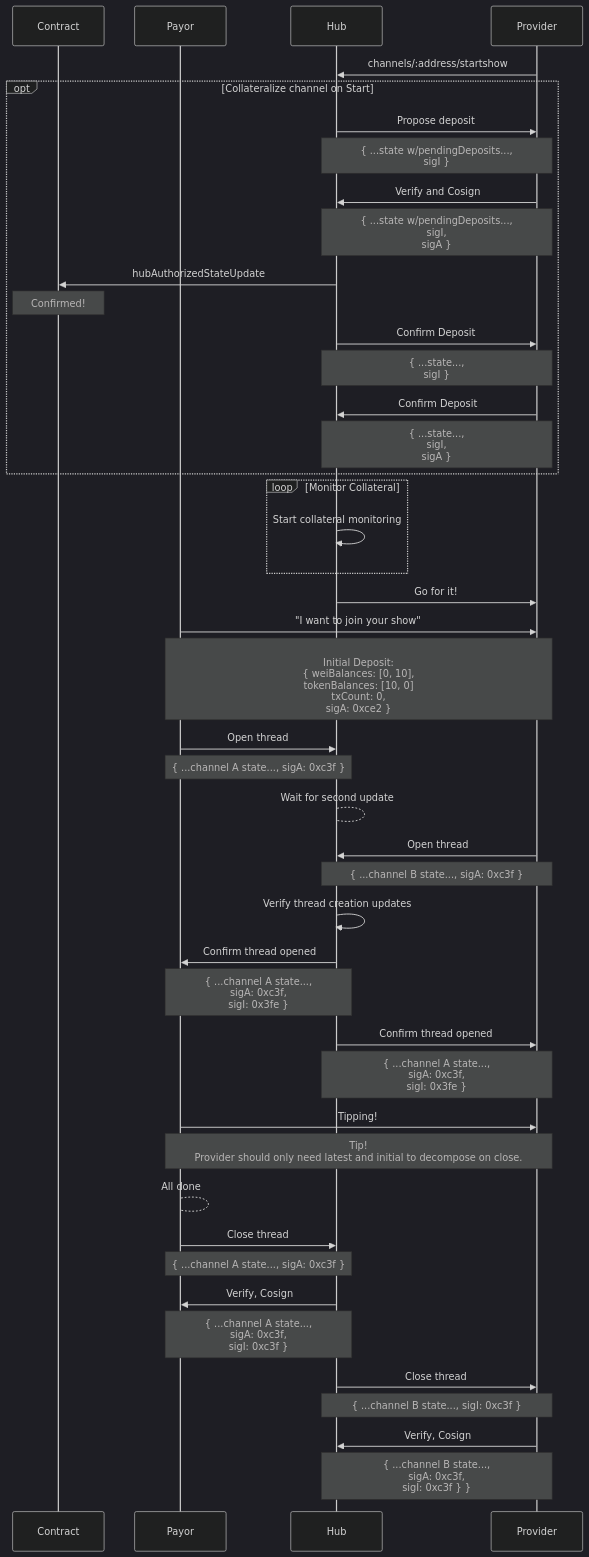
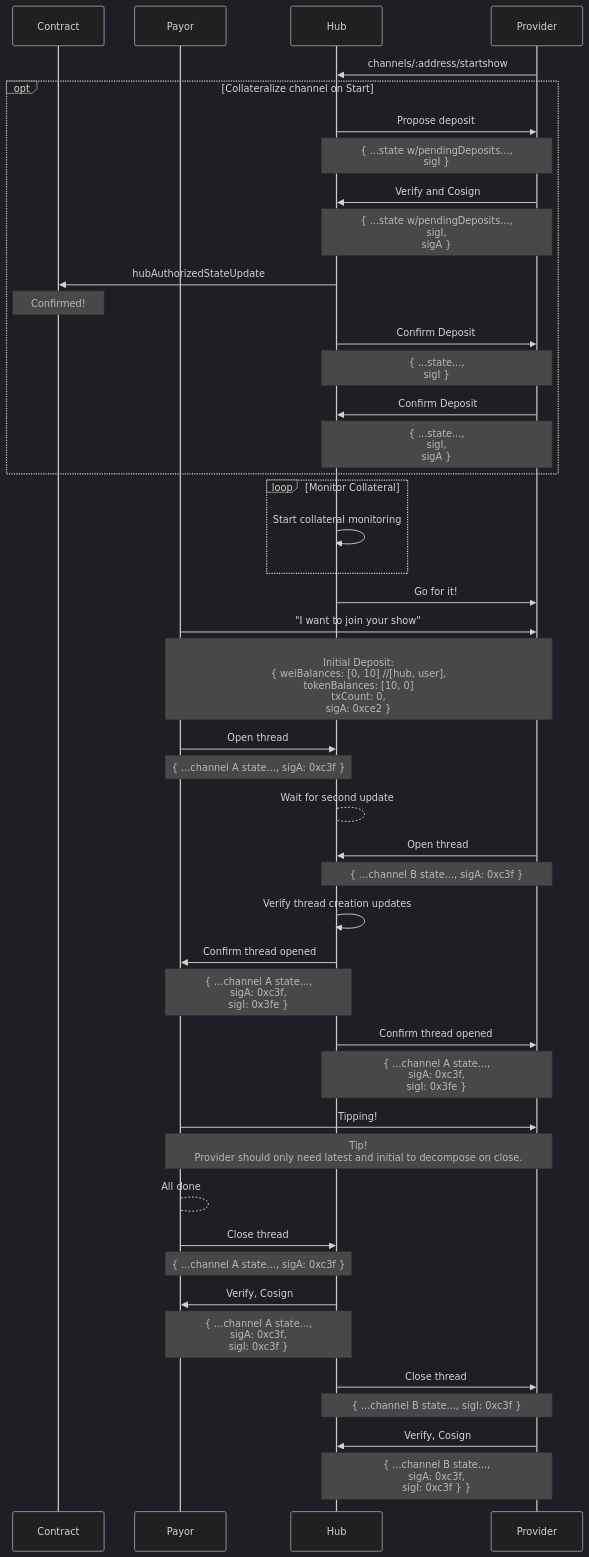
Before and after one commit to kyokan/contracts: the diagram in docs/diagrams/stream.mmd, drawn with Mermaid (dark theme). The commit also changed 2 other files, not shown here.

```diff
--- a/docs/diagrams/stream.mmd
+++ b/docs/diagrams/stream.mmd
@@ -1,72 +1,72 @@
 sequenceDiagram
 
     # title Stream Show
 
     participant Contract
     participant Payor
     participant Hub
     participant Provider
 
     Provider->>Hub: channels/:address/startshow
 
     opt Collateralize channel on Start
         Hub->>Provider: Propose deposit
         Note over Hub,Provider: { ...state w/pendingDeposits..., <br> sigI }
 
         Provider->>Hub: Verify and Cosign
         Note over Hub,Provider: { ...state w/pendingDeposits..., <br> sigI, <br> sigA }
 
         Hub->>Contract: hubAuthorizedStateUpdate
         Note over Contract: Confirmed!
 
         Hub->>Provider: Confirm Deposit
         Note over Hub,Provider: { ...state..., <br> sigI }
 
         Provider->>Hub: Confirm Deposit
         Note over Hub,Provider: { ...state..., <br> sigI, <br> sigA }
 
     end
 
     loop Monitor Collateral
         Hub->>Hub: Start collateral monitoring
     end
     
     Hub->>Provider: Go for it!
 
     Payor->>Provider: "I want to join your show"
-    Note over Payor,Provider: <br> Initial Deposit: <br> { weiBalances: [0, 10], <br> tokenBalances: [10, 0] <br> txCount: 0,  <br> sigA: 0xce2 }
+    Note over Payor,Provider: <br> Initial Deposit: <br> { weiBalances: [0, 10] //[hub, user], <br> tokenBalances: [10, 0] <br> txCount: 0,  <br> sigA: 0xce2 }
 
     Payor->>Hub: Open thread
     Note over Payor,Hub: { ...channel A state..., sigA: 0xc3f }
 
     Hub-->Hub: Wait for second update
 
     Provider->>Hub: Open thread
     Note over Provider,Hub: { ...channel B state..., sigA: 0xc3f }
 
 
     Hub->>Hub: Verify thread creation updates
 
     Hub->>Payor: Confirm thread opened
     Note over Payor,Hub: { ...channel A state..., <br>sigA: 0xc3f, <br>sigI: 0x3fe }
 
     Hub->>Provider: Confirm thread opened
     Note over Provider,Hub: { ...channel A state..., <br>sigA: 0xc3f, <br>sigI: 0x3fe }
 
 
     Payor->>Provider: Tipping!
     Note over Payor,Provider: Tip! <br> Provider should only need latest and initial to decompose on close.
 
     Payor-->Payor: All done
 
     Payor->>Hub: Close thread
     Note over Payor,Hub: { ...channel A state..., sigA: 0xc3f }
 
     Hub->>Payor: Verify, Cosign
     Note over Payor,Hub: { ...channel A state..., <br>sigA: 0xc3f, <br>sigI: 0xc3f }
 
     Hub->>Provider: Close thread
     Note over Provider,Hub: { ...channel B state..., sigI: 0xc3f }
 
     Provider->>Hub: Verify, Cosign
     Note over Provider,Hub: { ...channel B state..., <br>sigA: 0xc3f, <br>sigI: 0xc3f } }
```
